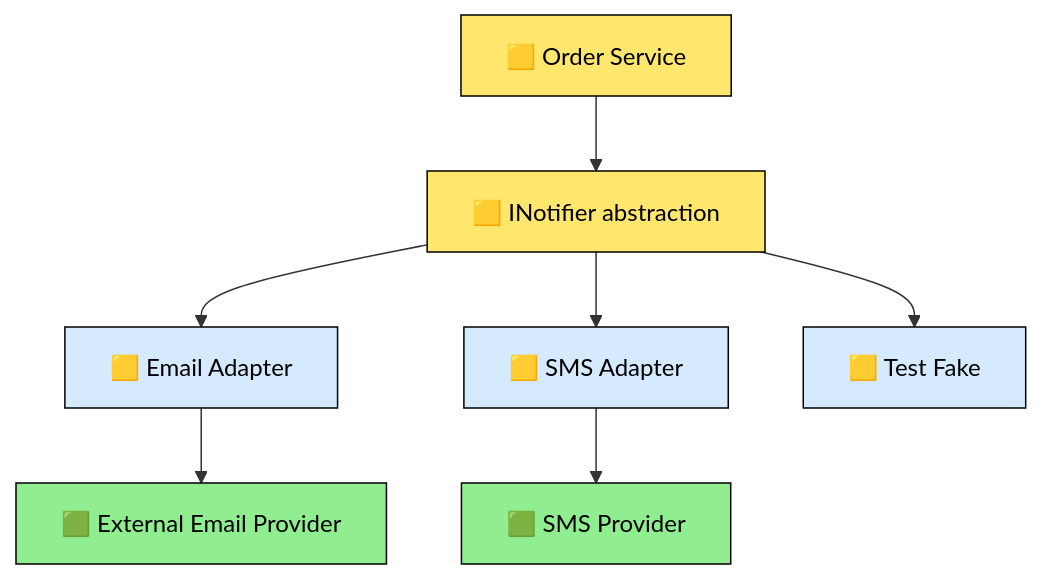
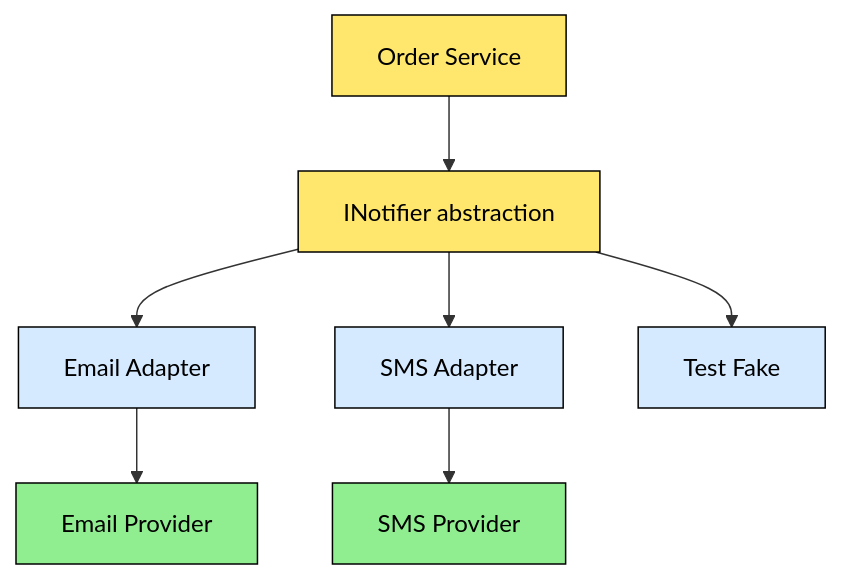
Before and after one commit to azam123/Engineering-Interview-Prep: the sixth of 8 diagrams in 02-SOLID-Principles.md, drawn with Mermaid. The commit also changed other lines of this file, not shown here.

Commit message:
Rewrite SOLID guide with definitions, simple explanations, examples, diagrams, and scenario-based answers

````diff
--- a/02-SOLID-Principles.md
+++ b/02-SOLID-Principles.md
@@ -290,16 +364,16 @@
 ```mermaid
 flowchart TD
-    A[🟨 Order Service] --> B[🟨 INotifier abstraction]
-    B --> C[🟨 Email Adapter]
-    B --> D[🟨 SMS Adapter]
-    B --> E[🟨 Test Fake]
-    C --> F[🟩 External Email Provider]
-    D --> G[🟩 SMS Provider]
+    A[Order Service] --> B[INotifier abstraction]
+    B --> C[Email Adapter]
+    B --> D[SMS Adapter]
+    B --> E[Test Fake]
+    C --> F[Email Provider]
+    D --> G[SMS Provider]
     style A fill:#ffe66d,color:#000,stroke:#000
     style B fill:#ffe66d,color:#000,stroke:#000
     style C fill:#d6eaff,color:#000,stroke:#000
     style D fill:#d6eaff,color:#000,stroke:#000
     style E fill:#d6eaff,color:#000,stroke:#000
     style F fill:#90ee90,color:#000,stroke:#000
     style G fill:#90ee90,color:#000,stroke:#000
 ```
````
